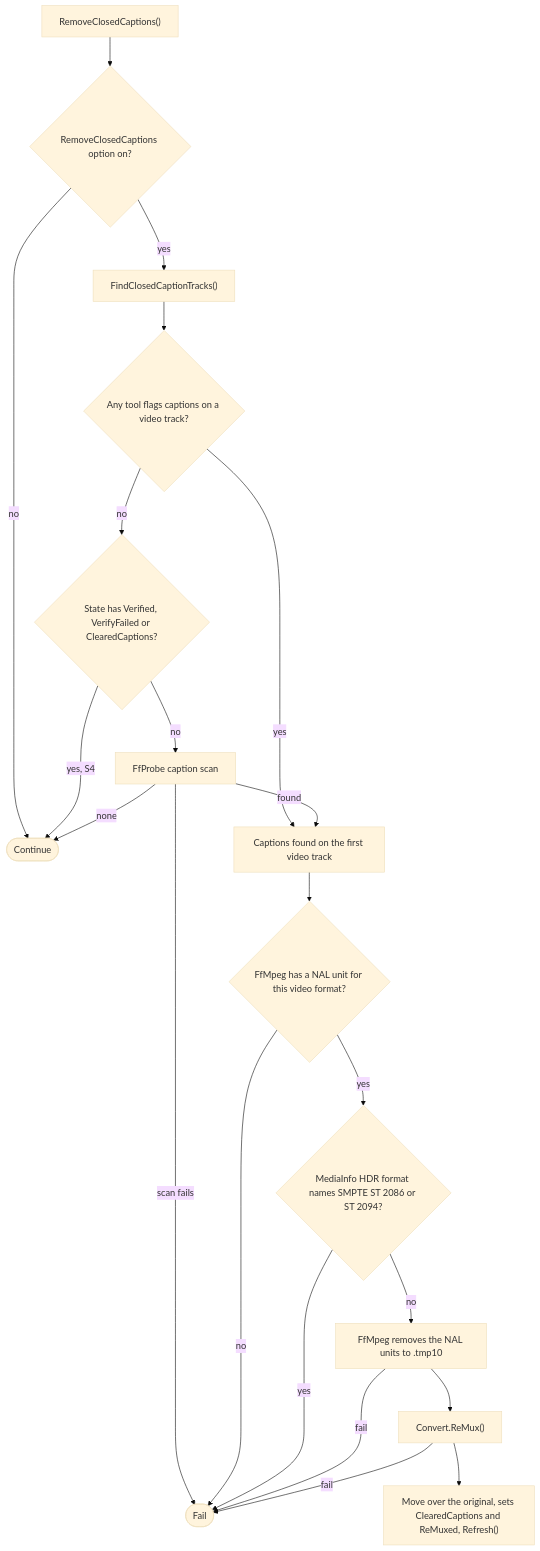
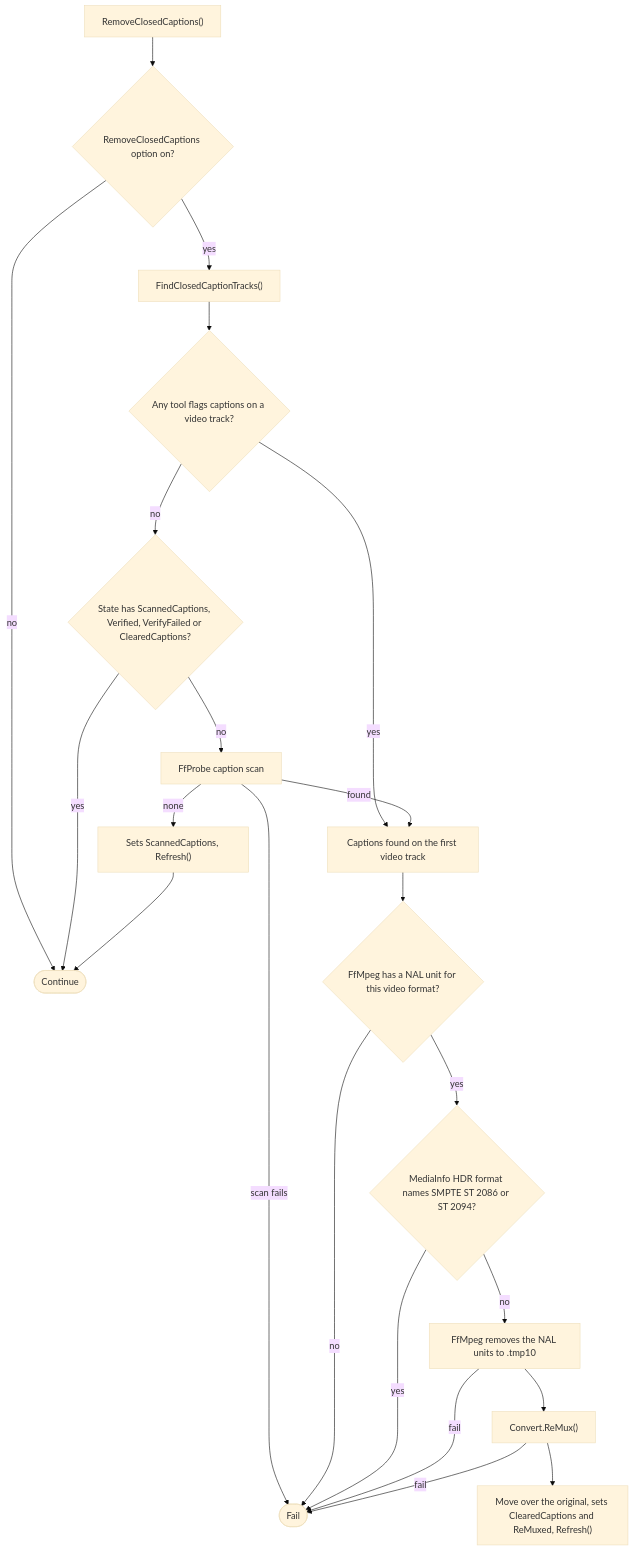
One commit to ptr727/PlexCleaner changed the seventh of 11 diagrams in ARCHITECTURE.md. Above: the diagram before and after it, drawn with Mermaid (base theme). The commit also changed other lines of this file and 5 other files, not shown here.

````diff
--- a/ARCHITECTURE.md
+++ b/ARCHITECTURE.md
@@ -516,23 +516,24 @@
 ```mermaid
 flowchart TD
   A0["RemoveClosedCaptions()"] --> A1{"RemoveClosedCaptions option on?"}
   A1 -->|no| AOK(["Continue"])
   A1 -->|yes| F0["FindClosedCaptionTracks()"]
   F0 --> F1{"Any tool flags captions on a video track?"}
   F1 -->|yes| FOUND
-  F1 -->|no| F2{"State has Verified, VerifyFailed or ClearedCaptions?"}
-  F2 -->|"yes, S4"| AOK
+  F1 -->|no| F2{"State has ScannedCaptions, Verified, VerifyFailed or ClearedCaptions?"}
+  F2 -->|yes| AOK
   F2 -->|no| F3["FfProbe caption scan"]
   F3 -->|scan fails| FAIL(["Fail"])
-  F3 -->|none| AOK
+  F3 -->|none| F4["Sets ScannedCaptions, Refresh()"]
+  F4 --> AOK
   F3 -->|found| FOUND["Captions found on the first video track"]
   FOUND --> C1{"FfMpeg has a NAL unit for this video format?"}
   C1 -->|no| FAIL
   C1 -->|yes| C2{"MediaInfo HDR format names SMPTE ST 2086 or ST 2094?"}
   C2 -->|yes| FAIL
   C2 -->|no| C3["FfMpeg removes the NAL units to .tmp10"]
   C3 -->|fail| FAIL
   C3 --> C4["Convert.ReMux()"]
   C4 -->|fail| FAIL
   C4 --> C5["Move over the original, sets ClearedCaptions and ReMuxed, Refresh()"]
 ```
````
